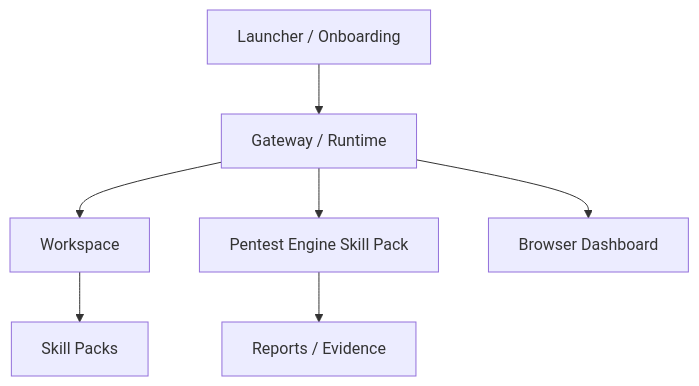
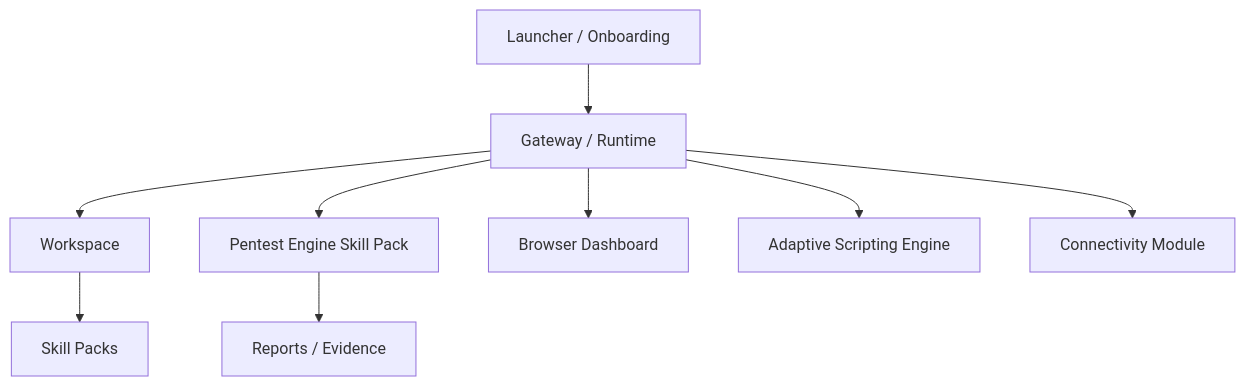
The diagram in README.md (Mageester/pentagent), drawn with Mermaid before and after one commit. The commit also changed other lines of this file and 16 other files, not shown here.

````diff
--- a/README.md
+++ b/README.md
@@ -42,9 +45,11 @@
 ```mermaid
 flowchart TD
   A["Launcher / Onboarding"] --> B["Gateway / Runtime"]
   B --> C["Workspace"]
   C --> D["Skill Packs"]
   B --> E["Pentest Engine Skill Pack"]
   E --> F["Reports / Evidence"]
   B --> G["Browser Dashboard"]
+  B --> H["Adaptive Scripting Engine"]
+  B --> I["Connectivity Module"]
 ```
````
